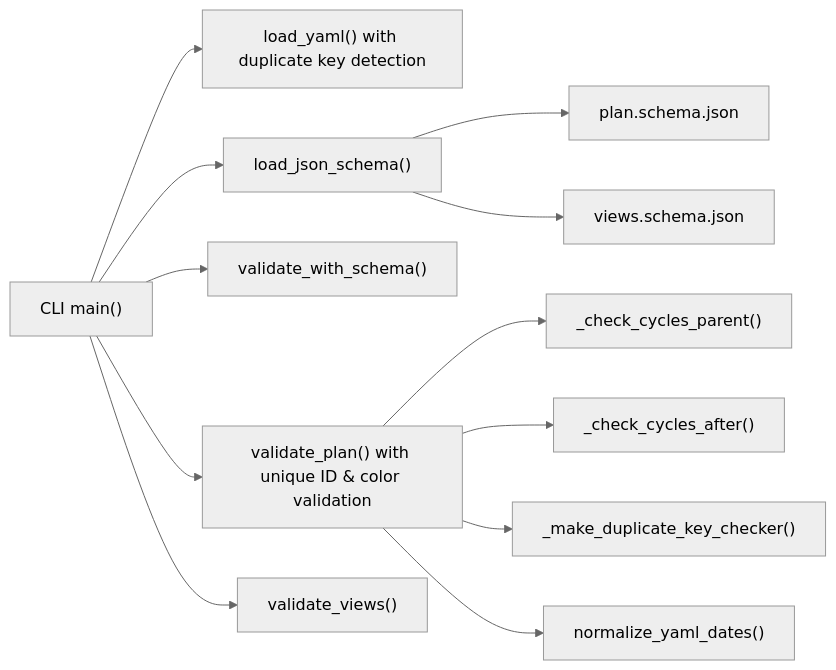
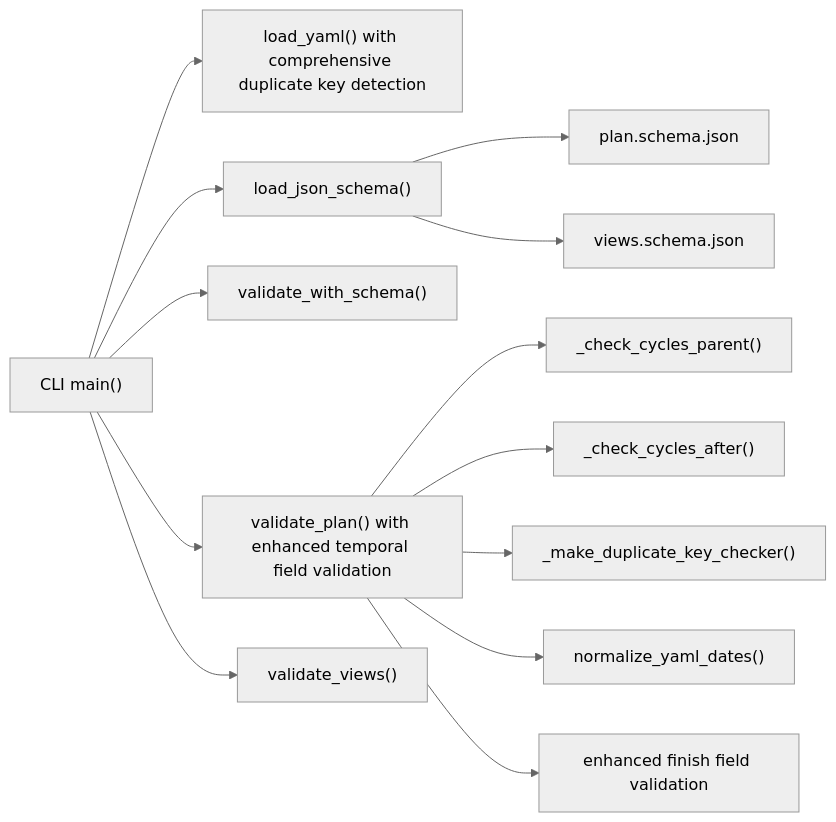
Before and after one commit to asukhodko/opskarta: the third of 3 diagrams in .qoder/repowiki/en/content/Tooling and Utilities/Validation System.md, drawn with Mermaid (neutral theme). The commit also changed other lines of this file and 7 other files, not shown here.

````diff
--- a/.qoder/repowiki/en/content/Tooling and Utilities/Validation System.md
+++ b/.qoder/repowiki/en/content/Tooling and Utilities/Validation System.md
@@ -308,14 +326,15 @@
 ```mermaid
 graph LR
-CLI["CLI main()"] --> LOAD_YAML["load_yaml() with duplicate key detection"]
+CLI["CLI main()"] --> LOAD_YAML["load_yaml() with comprehensive duplicate key detection"]
 CLI --> LOAD_SCHEMA["load_json_schema()"]
 CLI --> VALIDATE_SCHEMA["validate_with_schema()"]
-CLI --> VALIDATE_PLAN["validate_plan() with unique ID & color validation"]
+CLI --> VALIDATE_PLAN["validate_plan() with enhanced temporal field validation"]
 CLI --> VALIDATE_VIEWS["validate_views()"]
 VALIDATE_PLAN --> CYCLE_PARENT["_check_cycles_parent()"]
 VALIDATE_PLAN --> CYCLE_AFTER["_check_cycles_after()"]
 VALIDATE_PLAN --> DUPLICATE_KEY_CHECKER["_make_duplicate_key_checker()"]
 VALIDATE_PLAN --> DATE_NORMALIZATION["normalize_yaml_dates()"]
+VALIDATE_PLAN --> FINISH_FIELD_VALIDATION["enhanced finish field validation"]
 LOAD_SCHEMA --> PLAN_SCHEMA["plan.schema.json"]
 LOAD_SCHEMA --> VIEWS_SCHEMA["views.schema.json"]
 ```
````
